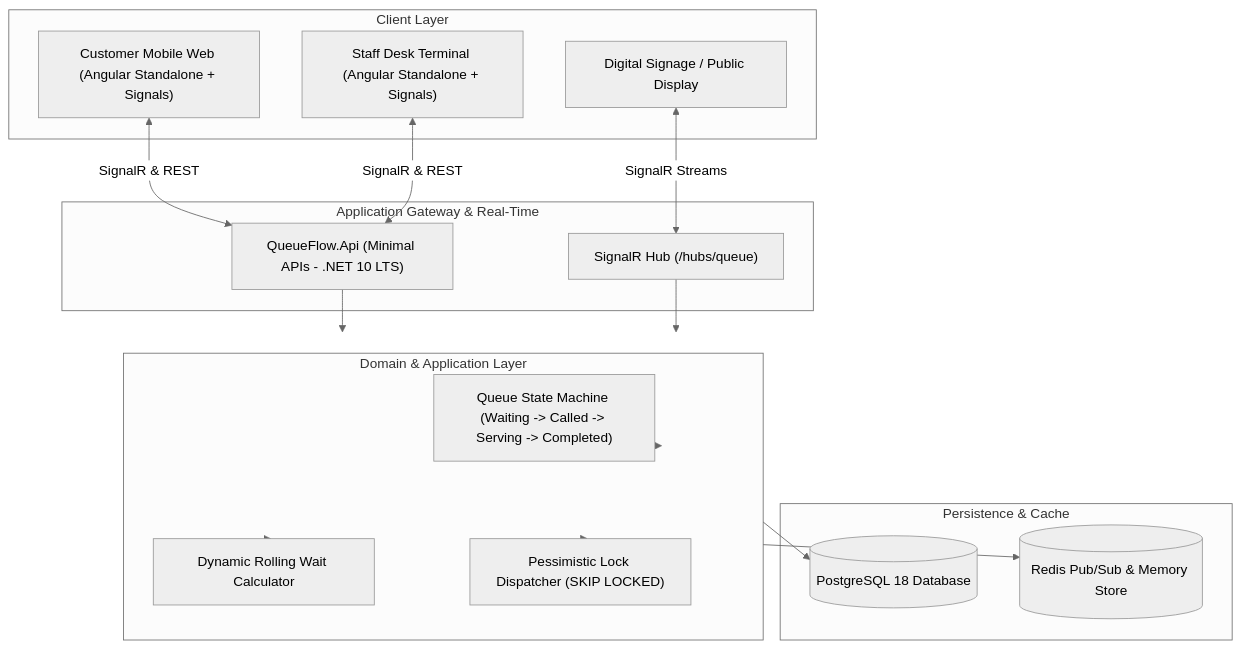
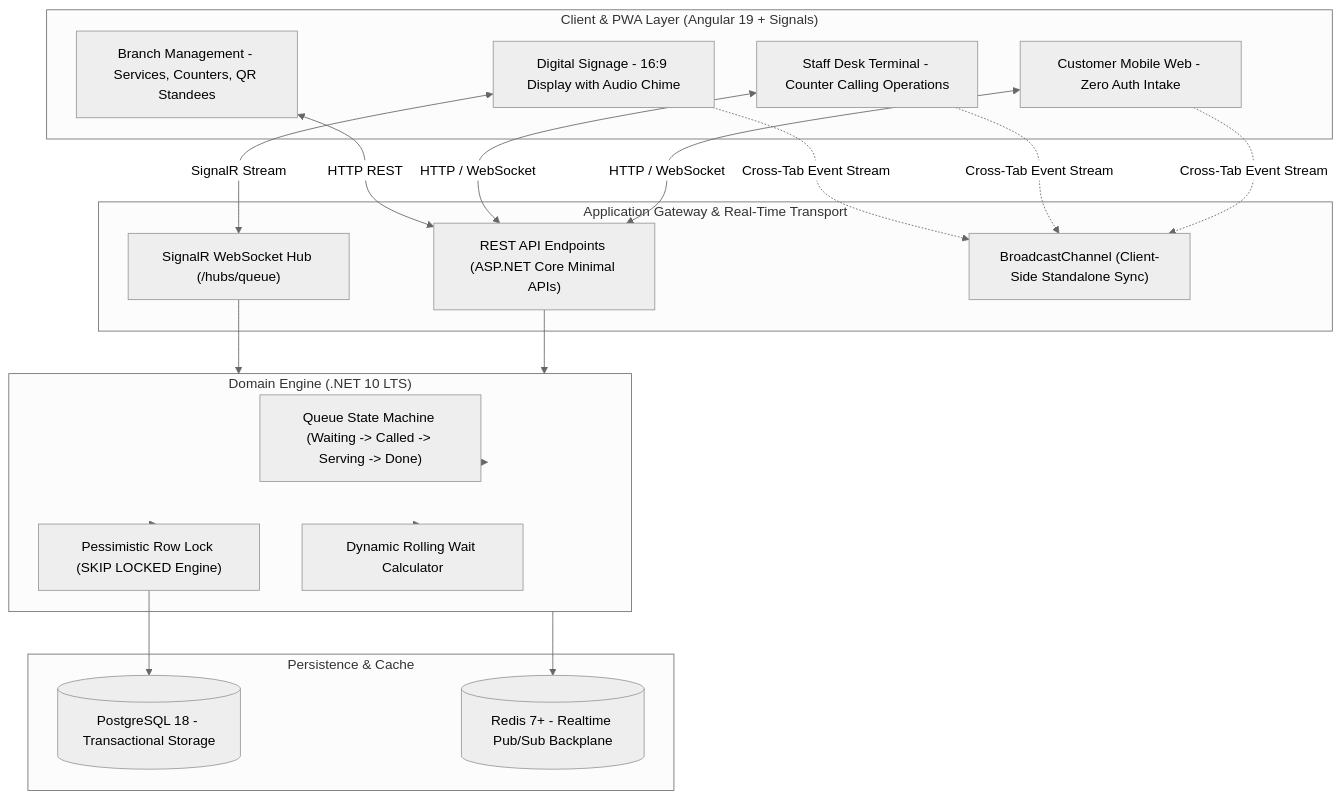
Before and after one commit to ZillerDX/QueueFlow: the diagram in README.md, drawn with Mermaid (neutral theme). The commit also changed other lines of this file and 1 other file, not shown here.

````diff
--- a/README.md
+++ b/README.md
@@ -51,36 +79,43 @@
 ```mermaid
 flowchart TD
-    subgraph Clients ["Client Layer"]
-        CustomerApp["Customer Mobile Web (Angular Standalone + Signals)"]
-        StaffApp["Staff Desk Terminal (Angular Standalone + Signals)"]
-        DisplayApp["Digital Signage / Public Display"]
+    subgraph ClientLayer ["Client & PWA Layer (Angular 19 + Signals)"]
+        CustomerPortal["Customer Mobile Web - Zero Auth Intake"]
+        StaffTerminal["Staff Desk Terminal - Counter Calling Operations"]
+        DisplaySignage["Digital Signage - 16:9 Display with Audio Chime"]
+        AdminConsole["Branch Management - Services, Counters, QR Standees"]
     end
 
-    subgraph Gateway ["Application Gateway & Real-Time"]
-        ApiEndpoints["QueueFlow.Api (Minimal APIs - .NET 10 LTS)"]
-        SignalRHub["SignalR Hub (/hubs/queue)"]
+    subgraph TransportLayer ["Application Gateway & Real-Time Transport"]
+        HttpGateway["REST API Endpoints (ASP.NET Core Minimal APIs)"]
+        RealtimeHub["SignalR WebSocket Hub (/hubs/queue)"]
+        EventBus["BroadcastChannel (Client-Side Standalone Sync)"]
     end
 
-    subgraph Core ["Domain & Application Layer"]
-        FSM["Queue State Machine (Waiting -> Called -> Serving -> Completed)"]
-        EWT["Dynamic Rolling Wait Calculator"]
-        LockEngine["Pessimistic Lock Dispatcher (SKIP LOCKED)"]
+    subgraph DomainCore ["Domain Engine (.NET 10 LTS)"]
+        StateMachine["Queue State Machine (Waiting -> Called -> Serving -> Done)"]
+        ConcurrencyLock["Pessimistic Row Lock (SKIP LOCKED Engine)"]
+        EwtCalculator["Dynamic Rolling Wait Calculator"]
     end
 
-    subgraph Storage ["Persistence & Cache"]
-        PostgresDB[("PostgreSQL 18 Database")]
-        RedisCache[("Redis Pub/Sub & Memory Store")]
+    subgraph DataStorage ["Persistence & Cache"]
+        PostgresDB[("PostgreSQL 18 - Transactional Storage")]
+        RedisStore[("Redis 7+ - Realtime Pub/Sub Backplane")]
     end
 
-    CustomerApp <-->|SignalR & REST| ApiEndpoints
-    StaffApp <-->|SignalR & REST| ApiEndpoints
-    DisplayApp <-->|SignalR Streams| SignalRHub
+    CustomerPortal <-->|HTTP / WebSocket| HttpGateway
+    StaffTerminal <-->|HTTP / WebSocket| HttpGateway
+    DisplaySignage <-->|SignalR Stream| RealtimeHub
+    AdminConsole <-->|HTTP REST| HttpGateway
 
-    ApiEndpoints --> Core
-    SignalRHub --> Core
-    Core --> LockEngine
-    Core --> EWT
-    Core --> FSM
-    Core --> PostgresDB
-    Core --> RedisCache
+    CustomerPortal -.->|Cross-Tab Event Stream| EventBus
+    StaffTerminal -.->|Cross-Tab Event Stream| EventBus
+    DisplaySignage -.->|Cross-Tab Event Stream| EventBus
+
+    HttpGateway --> DomainCore
+    RealtimeHub --> DomainCore
+    DomainCore --> ConcurrencyLock
+    DomainCore --> StateMachine
+    DomainCore --> EwtCalculator
+    ConcurrencyLock --> PostgresDB
+    DomainCore --> RedisStore
 ```
````
